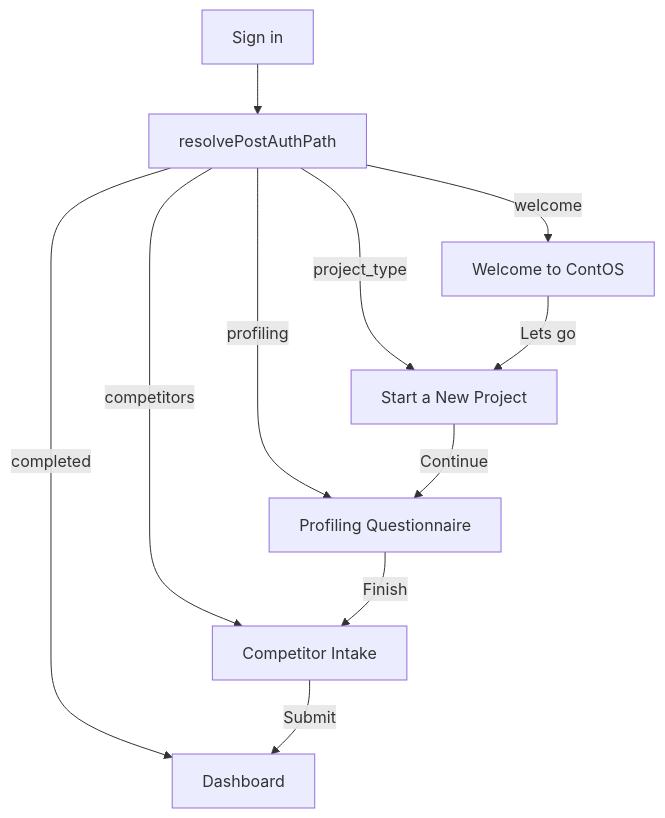
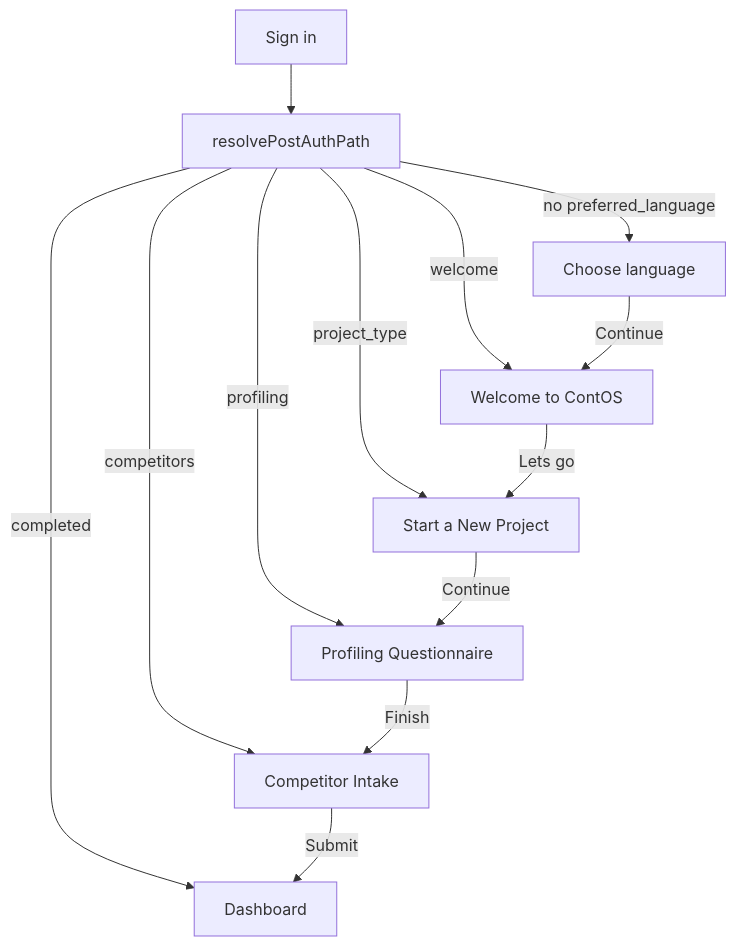
Before and after one commit to Induce-Labs/ContOS-product: the diagram in Docs/phase-2-welcome-onboarding.md, drawn with Mermaid. The commit also changed other lines of this file and 45 other files, not shown here.

````diff
--- a/Docs/phase-2-welcome-onboarding.md
+++ b/Docs/phase-2-welcome-onboarding.md
@@ -9,13 +9,15 @@
 ```mermaid
 flowchart TD
   signIn[Sign in] --> resolvePath[resolvePostAuthPath]
   resolvePath -->|completed| dashboard[Dashboard]
+  resolvePath -->|no preferred_language| language[Choose language]
   resolvePath -->|welcome| welcome[Welcome to ContOS]
   resolvePath -->|project_type| projectType[Start a New Project]
   resolvePath -->|profiling| profiling[Profiling Questionnaire]
   resolvePath -->|competitors| competitors[Competitor Intake]
+  language -->|Continue| welcome
   welcome -->|Lets go| projectType
   projectType -->|Continue| profiling
   profiling -->|Finish| competitors
   competitors -->|Submit| dashboard
 ```
````
